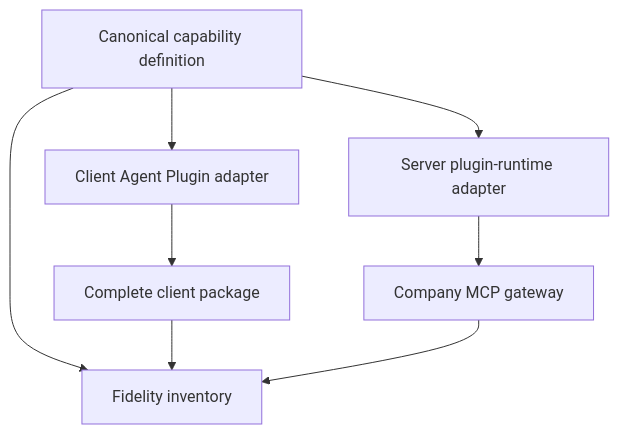
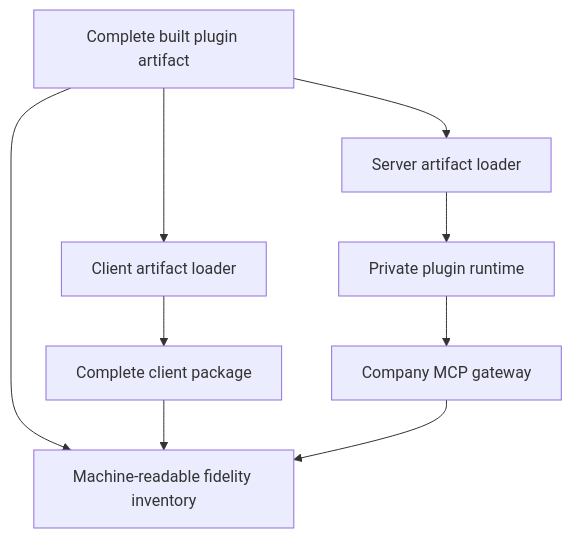
One commit to diberry/copilot-mcp-local-remote-lab changed the third of 3 diagrams in docs/architecture.md. Above: the diagram before and after it, drawn with Mermaid. The commit also changed other lines of this file and 54 other files, not shown here.

First line of the commit message:
feat: reuse one plugin artifact behind company MCP

````diff
--- a/docs/architecture.md
+++ b/docs/architecture.md
@@ -57,10 +57,11 @@
 ```mermaid
 flowchart TB
-  D[Canonical capability definition] --> C[Client Agent Plugin adapter]
-  D --> S[Server plugin-runtime adapter]
+  D[Complete built plugin artifact] --> C[Client artifact loader]
+  D --> S[Server artifact loader]
   C --> CP[Complete client package]
-  S --> G[Company MCP gateway]
-  D --> F[Fidelity inventory]
+  S --> R[Private plugin runtime]
+  R --> G[Company MCP gateway]
+  D --> F[Machine-readable fidelity inventory]
   CP --> F
   G --> F
 ```
````
